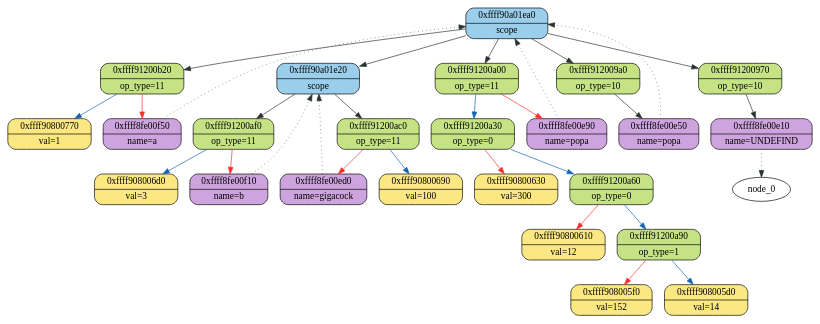
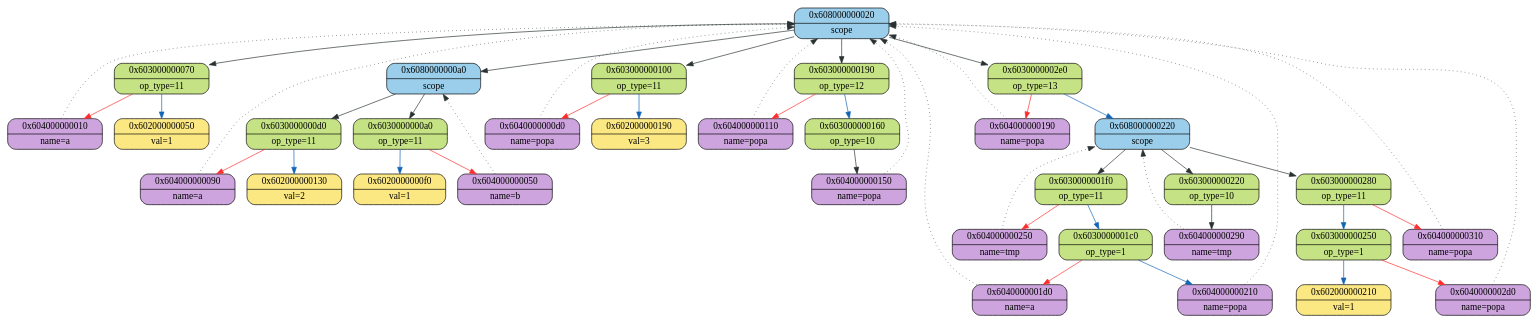
One commit to 2APetrin/ParaCL changed the diagram in ast/logs/log_graphviz.dot. Above: the diagram before and after it, drawn with Graphviz. The commit also changed 4 other files, not shown here.

```diff
--- a/ast/logs/log_graphviz.dot
+++ b/ast/logs/log_graphviz.dot
@@ -1,56 +1,81 @@
 digraph
 {
-    node_0xffff90a01ea0[shape = Mrecord, label = "{{0xffff90a01ea0} | {scope}}", style = "filled", fillcolor = "#9ACEEB"];
-    node_0xffff91200b20[shape = Mrecord, label = "{{0xffff91200b20} | {op_type=11}}", style = "filled", fillcolor = "#C5E384"];
-    node_0xffff8fe00f50[shape = Mrecord, label = "{{0xffff8fe00f50} | {name=a}}", style = "filled", fillcolor = "#CDA4DE"];
-    node_0xffff8fe00f50->node_0xffff90a01ea0 [ style = "dotted", color = "#293133"];
-    node_0xffff90800770[shape = Mrecord, label = "{{0xffff90800770} | {val=1}}", style = "filled", fillcolor = "#FCE883"];
-    node_0xffff91200b20->node_0xffff8fe00f50 [color = "#FF2B2B"];
-    node_0xffff91200b20->node_0xffff90800770 [color = "#1164B4"];
-    node_0xffff90a01ea0->node_0xffff91200b20 [color = "#293133"];
-    node_0xffff90a01e20[shape = Mrecord, label = "{{0xffff90a01e20} | {scope}}", style = "filled", fillcolor = "#9ACEEB"];
-    node_0xffff91200af0[shape = Mrecord, label = "{{0xffff91200af0} | {op_type=11}}", style = "filled", fillcolor = "#C5E384"];
-    node_0xffff8fe00f10[shape = Mrecord, label = "{{0xffff8fe00f10} | {name=b}}", style = "filled", fillcolor = "#CDA4DE"];
-    node_0xffff8fe00f10->node_0xffff90a01e20 [ style = "dotted", color = "#293133"];
-    node_0xffff908006d0[shape = Mrecord, label = "{{0xffff908006d0} | {val=3}}", style = "filled", fillcolor = "#FCE883"];
-    node_0xffff91200af0->node_0xffff8fe00f10 [color = "#FF2B2B"];
-    node_0xffff91200af0->node_0xffff908006d0 [color = "#1164B4"];
-    node_0xffff90a01e20->node_0xffff91200af0 [color = "#293133"];
-    node_0xffff91200ac0[shape = Mrecord, label = "{{0xffff91200ac0} | {op_type=11}}", style = "filled", fillcolor = "#C5E384"];
-    node_0xffff8fe00ed0[shape = Mrecord, label = "{{0xffff8fe00ed0} | {name=gigacock}}", style = "filled", fillcolor = "#CDA4DE"];
-    node_0xffff8fe00ed0->node_0xffff90a01e20 [ style = "dotted", color = "#293133"];
-    node_0xffff90800690[shape = Mrecord, label = "{{0xffff90800690} | {val=100}}", style = "filled", fillcolor = "#FCE883"];
-    node_0xffff91200ac0->node_0xffff8fe00ed0 [color = "#FF2B2B"];
-    node_0xffff91200ac0->node_0xffff90800690 [color = "#1164B4"];
-    node_0xffff90a01e20->node_0xffff91200ac0 [color = "#293133"];
-    node_0xffff90a01ea0->node_0xffff90a01e20 [color = "#293133"];
-    node_0xffff91200a00[shape = Mrecord, label = "{{0xffff91200a00} | {op_type=11}}", style = "filled", fillcolor = "#C5E384"];
-    node_0xffff8fe00e90[shape = Mrecord, label = "{{0xffff8fe00e90} | {name=popa}}", style = "filled", fillcolor = "#CDA4DE"];
-    node_0xffff8fe00e90->node_0xffff90a01ea0 [ style = "dotted", color = "#293133"];
-    node_0xffff91200a30[shape = Mrecord, label = "{{0xffff91200a30} | {op_type=0}}", style = "filled", fillcolor = "#C5E384"];
-    node_0xffff90800630[shape = Mrecord, label = "{{0xffff90800630} | {val=300}}", style = "filled", fillcolor = "#FCE883"];
-    node_0xffff91200a60[shape = Mrecord, label = "{{0xffff91200a60} | {op_type=0}}", style = "filled", fillcolor = "#C5E384"];
-    node_0xffff90800610[shape = Mrecord, label = "{{0xffff90800610} | {val=12}}", style = "filled", fillcolor = "#FCE883"];
-    node_0xffff91200a90[shape = Mrecord, label = "{{0xffff91200a90} | {op_type=1}}", style = "filled", fillcolor = "#C5E384"];
-    node_0xffff908005f0[shape = Mrecord, label = "{{0xffff908005f0} | {val=152}}", style = "filled", fillcolor = "#FCE883"];
-    node_0xffff908005d0[shape = Mrecord, label = "{{0xffff908005d0} | {val=14}}", style = "filled", fillcolor = "#FCE883"];
-    node_0xffff91200a90->node_0xffff908005f0 [color = "#FF2B2B"];
-    node_0xffff91200a90->node_0xffff908005d0 [color = "#1164B4"];
-    node_0xffff91200a60->node_0xffff90800610 [color = "#FF2B2B"];
-    node_0xffff91200a60->node_0xffff91200a90 [color = "#1164B4"];
-    node_0xffff91200a30->node_0xffff90800630 [color = "#FF2B2B"];
-    node_0xffff91200a30->node_0xffff91200a60 [color = "#1164B4"];
-    node_0xffff91200a00->node_0xffff8fe00e90 [color = "#FF2B2B"];
-    node_0xffff91200a00->node_0xffff91200a30 [color = "#1164B4"];
-    node_0xffff90a01ea0->node_0xffff91200a00 [color = "#293133"];
-    node_0xffff912009a0[shape = Mrecord, label = "{{0xffff912009a0} | {op_type=10}}", style = "filled", fillcolor = "#C5E384"];
-    node_0xffff8fe00e50[shape = Mrecord, label = "{{0xffff8fe00e50} | {name=popa}}", style = "filled", fillcolor = "#CDA4DE"];
-    node_0xffff8fe00e50->node_0xffff90a01ea0 [ style = "dotted", color = "#293133"];
-    node_0xffff912009a0->node_0xffff8fe00e50 [color = "#293133"];
-    node_0xffff90a01ea0->node_0xffff912009a0 [color = "#293133"];
-    node_0xffff91200970[shape = Mrecord, label = "{{0xffff91200970} | {op_type=10}}", style = "filled", fillcolor = "#C5E384"];
-    node_0xffff8fe00e10[shape = Mrecord, label = "{{0xffff8fe00e10} | {name=UNDEFIND}}", style = "filled", fillcolor = "#CDA4DE"];
-    node_0xffff8fe00e10->node_0 [ style = "dotted", color = "#293133"];
-    node_0xffff91200970->node_0xffff8fe00e10 [color = "#293133"];
-    node_0xffff90a01ea0->node_0xffff91200970 [color = "#293133"];
+    node_0x608000000020[shape = Mrecord, label = "{{0x608000000020} | {scope}}", style = "filled", fillcolor = "#9ACEEB"];
+    node_0x603000000070[shape = Mrecord, label = "{{0x603000000070} | {op_type=11}}", style = "filled", fillcolor = "#C5E384"];
+    node_0x604000000010[shape = Mrecord, label = "{{0x604000000010} | {name=a}}", style = "filled", fillcolor = "#CDA4DE"];
+    node_0x604000000010->node_0x608000000020 [ style = "dotted", color = "#293133"];
+    node_0x602000000050[shape = Mrecord, label = "{{0x602000000050} | {val=1}}", style = "filled", fillcolor = "#FCE883"];
+    node_0x603000000070->node_0x604000000010 [color = "#FF2B2B"];
+    node_0x603000000070->node_0x602000000050 [color = "#1164B4"];
+    node_0x608000000020->node_0x603000000070 [color = "#293133"];
+    node_0x6080000000a0[shape = Mrecord, label = "{{0x6080000000a0} | {scope}}", style = "filled", fillcolor = "#9ACEEB"];
+    node_0x6030000000a0[shape = Mrecord, label = "{{0x6030000000a0} | {op_type=11}}", style = "filled", fillcolor = "#C5E384"];
+    node_0x604000000050[shape = Mrecord, label = "{{0x604000000050} | {name=b}}", style = "filled", fillcolor = "#CDA4DE"];
+    node_0x604000000050->node_0x6080000000a0 [ style = "dotted", color = "#293133"];
+    node_0x6020000000f0[shape = Mrecord, label = "{{0x6020000000f0} | {val=1}}", style = "filled", fillcolor = "#FCE883"];
+    node_0x6030000000a0->node_0x604000000050 [color = "#FF2B2B"];
+    node_0x6030000000a0->node_0x6020000000f0 [color = "#1164B4"];
+    node_0x6080000000a0->node_0x6030000000a0 [color = "#293133"];
+    node_0x6030000000d0[shape = Mrecord, label = "{{0x6030000000d0} | {op_type=11}}", style = "filled", fillcolor = "#C5E384"];
+    node_0x604000000090[shape = Mrecord, label = "{{0x604000000090} | {name=a}}", style = "filled", fillcolor = "#CDA4DE"];
+    node_0x604000000090->node_0x608000000020 [ style = "dotted", color = "#293133"];
+    node_0x602000000130[shape = Mrecord, label = "{{0x602000000130} | {val=2}}", style = "filled", fillcolor = "#FCE883"];
+    node_0x6030000000d0->node_0x604000000090 [color = "#FF2B2B"];
+    node_0x6030000000d0->node_0x602000000130 [color = "#1164B4"];
+    node_0x6080000000a0->node_0x6030000000d0 [color = "#293133"];
+    node_0x608000000020->node_0x6080000000a0 [color = "#293133"];
+    node_0x603000000100[shape = Mrecord, label = "{{0x603000000100} | {op_type=11}}", style = "filled", fillcolor = "#C5E384"];
+    node_0x6040000000d0[shape = Mrecord, label = "{{0x6040000000d0} | {name=popa}}", style = "filled", fillcolor = "#CDA4DE"];
+    node_0x6040000000d0->node_0x608000000020 [ style = "dotted", color = "#293133"];
+    node_0x602000000190[shape = Mrecord, label = "{{0x602000000190} | {val=3}}", style = "filled", fillcolor = "#FCE883"];
+    node_0x603000000100->node_0x6040000000d0 [color = "#FF2B2B"];
+    node_0x603000000100->node_0x602000000190 [color = "#1164B4"];
+    node_0x608000000020->node_0x603000000100 [color = "#293133"];
+    node_0x603000000190[shape = Mrecord, label = "{{0x603000000190} | {op_type=12}}", style = "filled", fillcolor = "#C5E384"];
+    node_0x604000000110[shape = Mrecord, label = "{{0x604000000110} | {name=popa}}", style = "filled", fillcolor = "#CDA4DE"];
+    node_0x604000000110->node_0x608000000020 [ style = "dotted", color = "#293133"];
+    node_0x603000000160[shape = Mrecord, label = "{{0x603000000160} | {op_type=10}}", style = "filled", fillcolor = "#C5E384"];
+    node_0x604000000150[shape = Mrecord, label = "{{0x604000000150} | {name=popa}}", style = "filled", fillcolor = "#CDA4DE"];
+    node_0x604000000150->node_0x608000000020 [ style = "dotted", color = "#293133"];
+    node_0x603000000160->node_0x604000000150 [color = "#293133"];
+    node_0x603000000190->node_0x604000000110 [color = "#FF2B2B"];
+    node_0x603000000190->node_0x603000000160 [color = "#1164B4"];
+    node_0x608000000020->node_0x603000000190 [color = "#293133"];
+    node_0x6030000002e0[shape = Mrecord, label = "{{0x6030000002e0} | {op_type=13}}", style = "filled", fillcolor = "#C5E384"];
+    node_0x604000000190[shape = Mrecord, label = "{{0x604000000190} | {name=popa}}", style = "filled", fillcolor = "#CDA4DE"];
+    node_0x604000000190->node_0x608000000020 [ style = "dotted", color = "#293133"];
+    node_0x608000000220[shape = Mrecord, label = "{{0x608000000220} | {scope}}", style = "filled", fillcolor = "#9ACEEB"];
+    node_0x6030000001f0[shape = Mrecord, label = "{{0x6030000001f0} | {op_type=11}}", style = "filled", fillcolor = "#C5E384"];
+    node_0x604000000250[shape = Mrecord, label = "{{0x604000000250} | {name=tmp}}", style = "filled", fillcolor = "#CDA4DE"];
+    node_0x604000000250->node_0x608000000220 [ style = "dotted", color = "#293133"];
+    node_0x6030000001c0[shape = Mrecord, label = "{{0x6030000001c0} | {op_type=1}}", style = "filled", fillcolor = "#C5E384"];
+    node_0x6040000001d0[shape = Mrecord, label = "{{0x6040000001d0} | {name=a}}", style = "filled", fillcolor = "#CDA4DE"];
+    node_0x6040000001d0->node_0x608000000020 [ style = "dotted", color = "#293133"];
+    node_0x604000000210[shape = Mrecord, label = "{{0x604000000210} | {name=popa}}", style = "filled", fillcolor = "#CDA4DE"];
+    node_0x604000000210->node_0x608000000020 [ style = "dotted", color = "#293133"];
+    node_0x6030000001c0->node_0x6040000001d0 [color = "#FF2B2B"];
+    node_0x6030000001c0->node_0x604000000210 [color = "#1164B4"];
+    node_0x6030000001f0->node_0x604000000250 [color = "#FF2B2B"];
+    node_0x6030000001f0->node_0x6030000001c0 [color = "#1164B4"];
+    node_0x608000000220->node_0x6030000001f0 [color = "#293133"];
+    node_0x603000000220[shape = Mrecord, label = "{{0x603000000220} | {op_type=10}}", style = "filled", fillcolor = "#C5E384"];
+    node_0x604000000290[shape = Mrecord, label = "{{0x604000000290} | {name=tmp}}", style = "filled", fillcolor = "#CDA4DE"];
+    node_0x604000000290->node_0x608000000220 [ style = "dotted", color = "#293133"];
+    node_0x603000000220->node_0x604000000290 [color = "#293133"];
+    node_0x608000000220->node_0x603000000220 [color = "#293133"];
+    node_0x603000000280[shape = Mrecord, label = "{{0x603000000280} | {op_type=11}}", style = "filled", fillcolor = "#C5E384"];
+    node_0x604000000310[shape = Mrecord, label = "{{0x604000000310} | {name=popa}}", style = "filled", fillcolor = "#CDA4DE"];
+    node_0x604000000310->node_0x608000000020 [ style = "dotted", color = "#293133"];
+    node_0x603000000250[shape = Mrecord, label = "{{0x603000000250} | {op_type=1}}", style = "filled", fillcolor = "#C5E384"];
+    node_0x6040000002d0[shape = Mrecord, label = "{{0x6040000002d0} | {name=popa}}", style = "filled", fillcolor = "#CDA4DE"];
+    node_0x6040000002d0->node_0x608000000020 [ style = "dotted", color = "#293133"];
+    node_0x602000000210[shape = Mrecord, label = "{{0x602000000210} | {val=1}}", style = "filled", fillcolor = "#FCE883"];
+    node_0x603000000250->node_0x6040000002d0 [color = "#FF2B2B"];
+    node_0x603000000250->node_0x602000000210 [color = "#1164B4"];
+    node_0x603000000280->node_0x604000000310 [color = "#FF2B2B"];
+    node_0x603000000280->node_0x603000000250 [color = "#1164B4"];
+    node_0x608000000220->node_0x603000000280 [color = "#293133"];
+    node_0x6030000002e0->node_0x604000000190 [color = "#FF2B2B"];
+    node_0x6030000002e0->node_0x608000000220 [color = "#1164B4"];
+    node_0x608000000020->node_0x6030000002e0 [color = "#293133"];
 }
```
